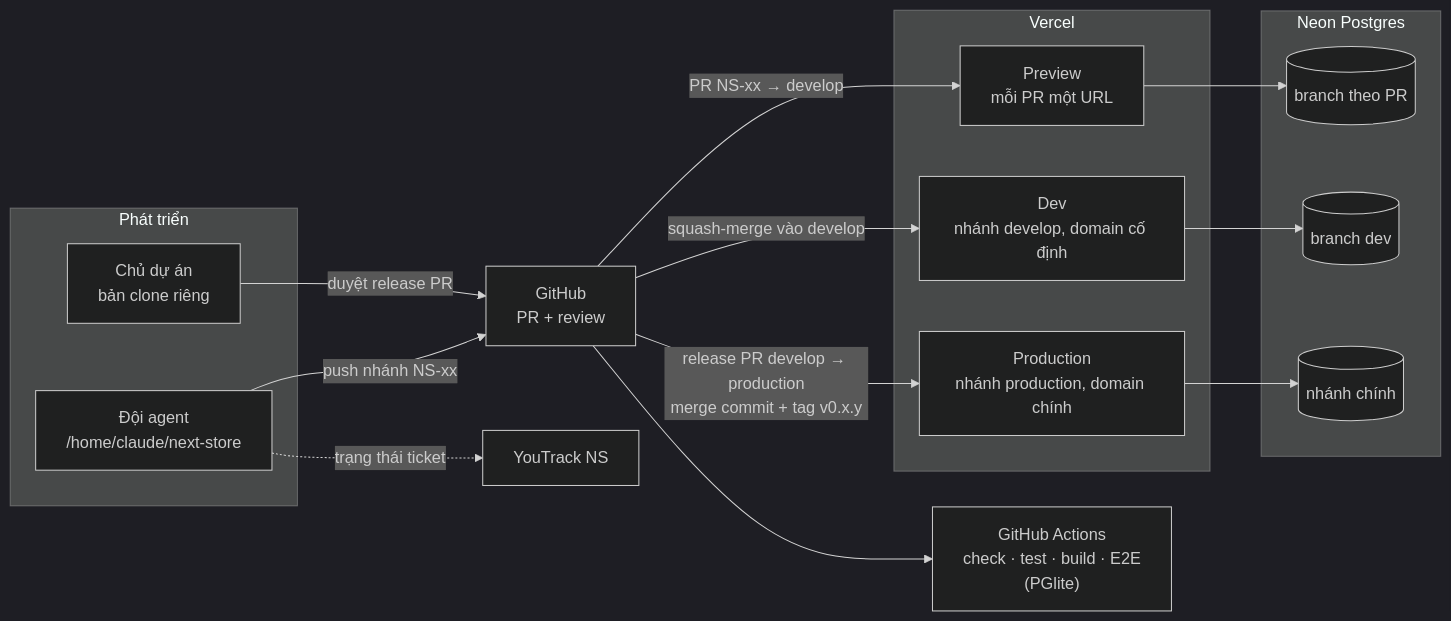
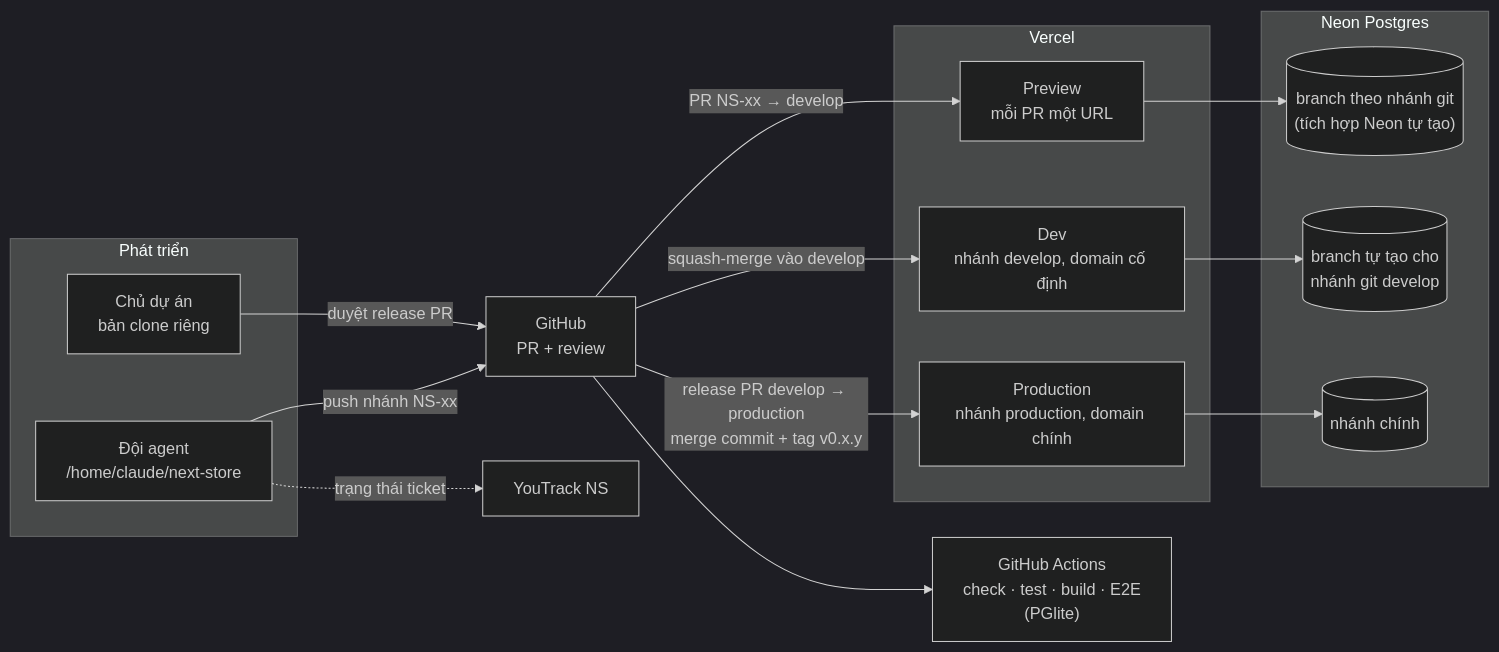
One commit to chinhpham208/next-store changed the sixth of 6 diagrams in docs/architecture.md. Above: the diagram before and after it, drawn with Mermaid (dark theme). The commit also changed 8 other files, not shown here.

````diff
--- a/docs/architecture.md
+++ b/docs/architecture.md
@@ -153,28 +153,28 @@
 ```mermaid
 flowchart LR
   subgraph dev["Phát triển"]
     agents["Đội agent<br/>/home/claude/next-store"]
     owner["Chủ dự án<br/>bản clone riêng"]
   end
   gh["GitHub<br/>PR + review"]
   ci["GitHub Actions<br/>check · test · build · E2E<br/>(PGlite)"]
   subgraph vercel["Vercel"]
     preview["Preview<br/>mỗi PR một URL"]
     devenv["Dev<br/>nhánh develop, domain cố định"]
     prod["Production<br/>nhánh production, domain chính"]
   end
   subgraph neon["Neon Postgres"]
-    nbranch[("branch theo PR")]
-    ndev[("branch dev")]
+    nbranch[("branch theo nhánh git<br/>(tích hợp Neon tự tạo)")]
+    ndev[("branch tự tạo cho<br/>nhánh git develop")]
     nmain[("nhánh chính")]
   end
   yt["YouTrack NS"]
 
   agents -->|push nhánh NS-xx| gh
   owner -->|duyệt release PR| gh
   gh --> ci
   gh -->|PR NS-xx → develop| preview --> nbranch
   gh -->|squash-merge vào develop| devenv --> ndev
   gh -->|release PR develop → production<br/>merge commit + tag v0.x.y| prod --> nmain
   agents -.->|trạng thái ticket| yt
 ```
````
